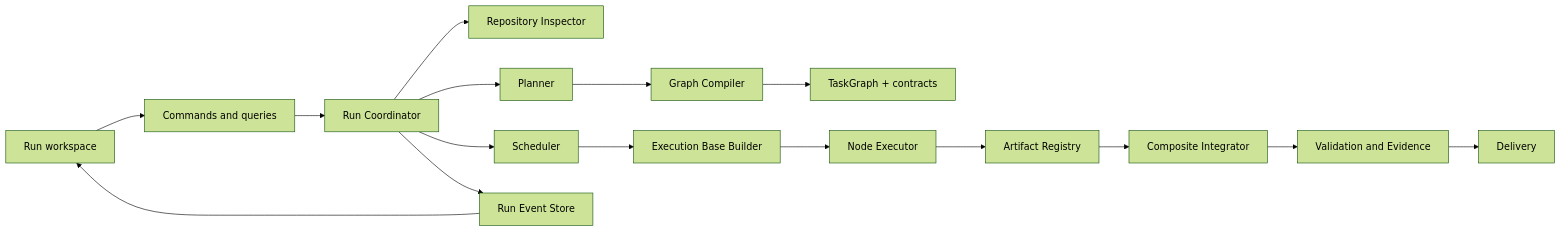
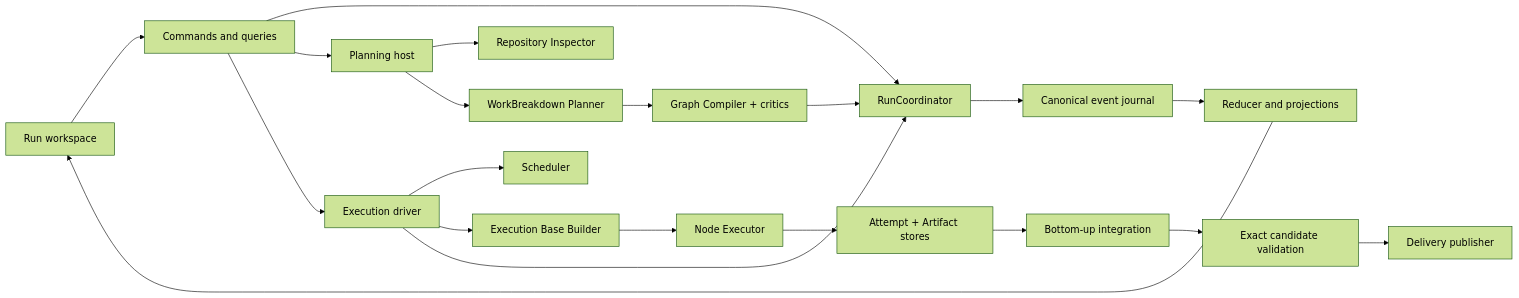
One commit to franclarke/Manyhands changed the first of 3 diagrams in docs/development/architecture.md. Above: the diagram before and after it, drawn with Mermaid (forest theme). The commit also changed other lines of this file and 38 other files, not shown here.

````diff
--- a/docs/development/architecture.md
+++ b/docs/development/architecture.md
@@ -13,18 +23,24 @@
 ```mermaid
 flowchart LR
   UI["Run workspace"] --> API["Commands and queries"]
-  API --> RC["Run Coordinator"]
-  RC --> PI["Repository Inspector"]
-  RC --> PL["Planner"]
-  PL --> GC["Graph Compiler"]
-  GC --> TG["TaskGraph + contracts"]
-  RC --> SC["Scheduler"]
-  SC --> EB["Execution Base Builder"]
+  API --> RC["RunCoordinator"]
+  RC --> EV["Canonical event journal"]
+  EV --> PR["Reducer and projections"]
+  PR --> UI
+
+  API --> PH["Planning host"]
+  PH --> RI["Repository Inspector"]
+  PH --> PL["WorkBreakdown Planner"]
+  PL --> GC["Graph Compiler + critics"]
+  GC --> RC
+
+  API --> ED["Execution driver"]
+  ED --> SC["Scheduler"]
+  ED --> EB["Execution Base Builder"]
   EB --> NE["Node Executor"]
-  NE --> AR["Artifact Registry"]
-  AR --> CI["Composite Integrator"]
-  CI --> VA["Validation and Evidence"]
-  VA --> DE["Delivery"]
-  RC --> EL["Run Event Store"]
-  EL --> UI
+  NE --> AR["Attempt + Artifact stores"]
+  AR --> IN["Bottom-up integration"]
+  IN --> VA["Exact candidate validation"]
+  VA --> DE["Delivery publisher"]
+  ED --> RC
 ```
````
